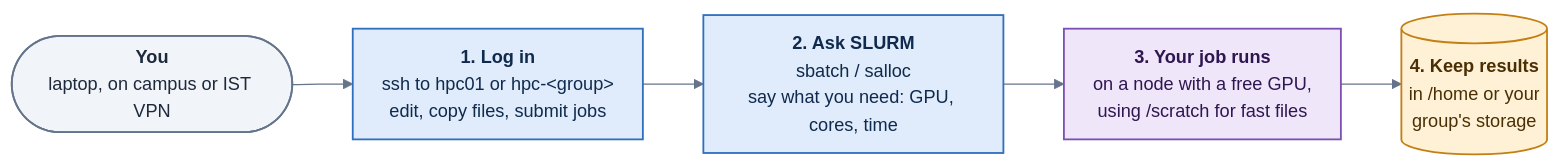
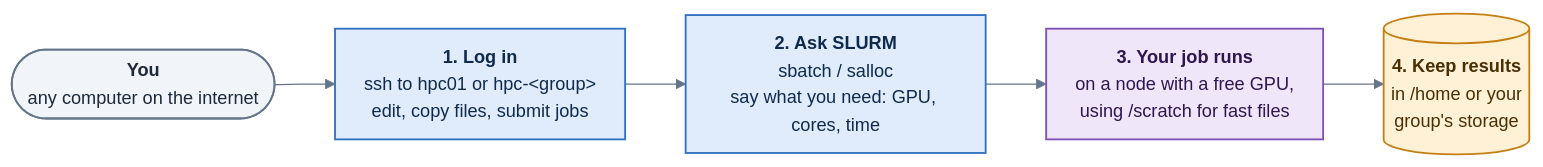
Before and after one commit to hpc-isr/hpc-docs: the diagram in docs/overview/README.md, drawn with Mermaid. The commit also changed 1 other file, not shown here.

Commit message:
Overview: diagram source reads any computer; add firewall note to Inside a node

````diff
--- a/docs/overview/README.md
+++ b/docs/overview/README.md
@@ -19,19 +19,19 @@
 ```mermaid
 %%{init: {"theme": "base", "flowchart": {"curve": "basis", "nodeSpacing": 40, "rankSpacing": 50, "padding": 12}, "themeVariables": {"fontFamily": "Inter, Segoe UI, Helvetica Neue, Arial, sans-serif", "fontSize": "15px", "primaryColor": "#ffffff", "primaryBorderColor": "#94a3b8", "primaryTextColor": "#1e293b", "lineColor": "#64748b", "clusterBkg": "#f8fafc", "clusterBorder": "#cbd5e1", "edgeLabelBackground": "#ffffff"}}}%%
 flowchart LR
-    ME(["<b>You</b><br/>laptop, on campus or IST VPN"])
+    ME(["<b>You</b><br/>any computer on the internet"])
     LOGIN["<b>1. Log in</b><br/>ssh to hpc01 or hpc-&lt;group&gt;<br/>edit, copy files, submit jobs"]
     SLURM["<b>2. Ask SLURM</b><br/>sbatch / salloc<br/>say what you need: GPU, cores, time"]
     RUN["<b>3. Your job runs</b><br/>on a node with a free GPU,<br/>using /scratch for fast files"]
     RES[("<b>4. Keep results</b><br/>in /home or your<br/>group's storage")]
     ME --> LOGIN --> SLURM --> RUN --> RES
     classDef you fill:#f1f5f9,stroke:#64748b,stroke-width:1.5px,color:#1e293b
     classDef shared fill:#e0ecfb,stroke:#2f6fbf,stroke-width:1.5px,color:#0f2a4d
     classDef group fill:#e3f4e8,stroke:#2e8b57,stroke-width:1.5px,color:#123d25
     classDef store fill:#fff1d6,stroke:#c47f12,stroke-width:1.5px,color:#4a2f05
     classDef fast fill:#efe6fa,stroke:#7b4fb3,stroke-width:1.5px,color:#2e1650
     class ME you
     class LOGIN,SLURM shared
     class RUN fast
     class RES store
 ```
````
